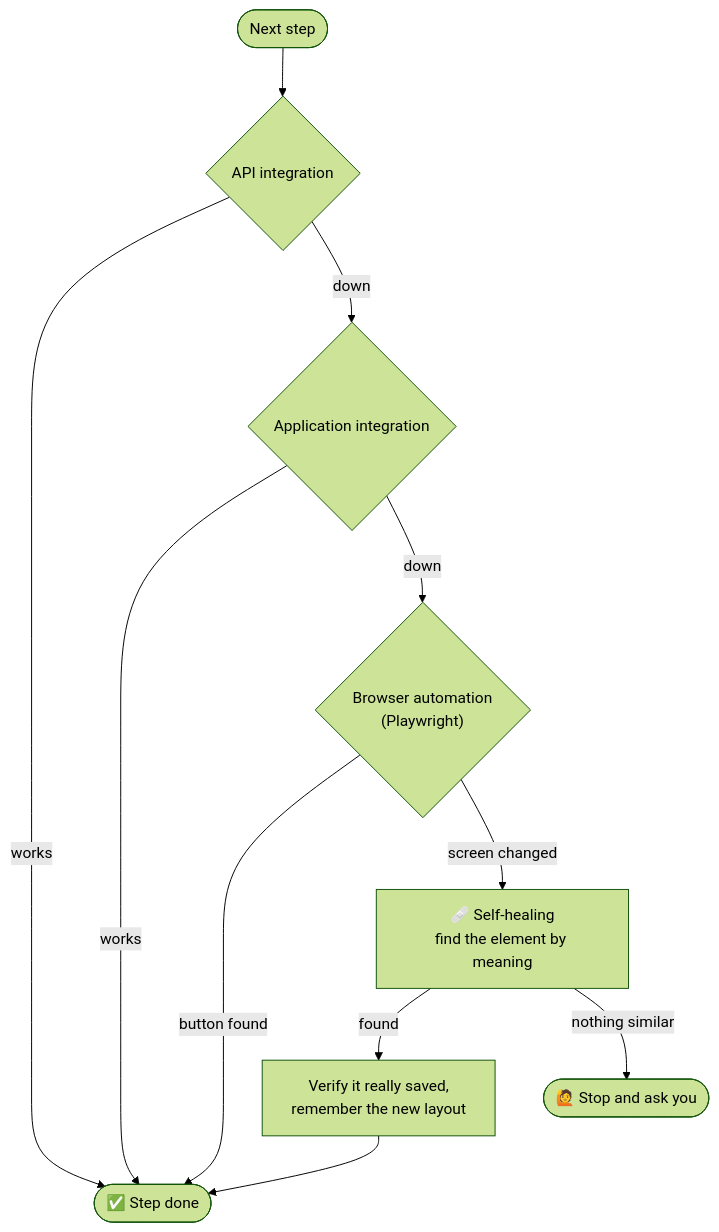
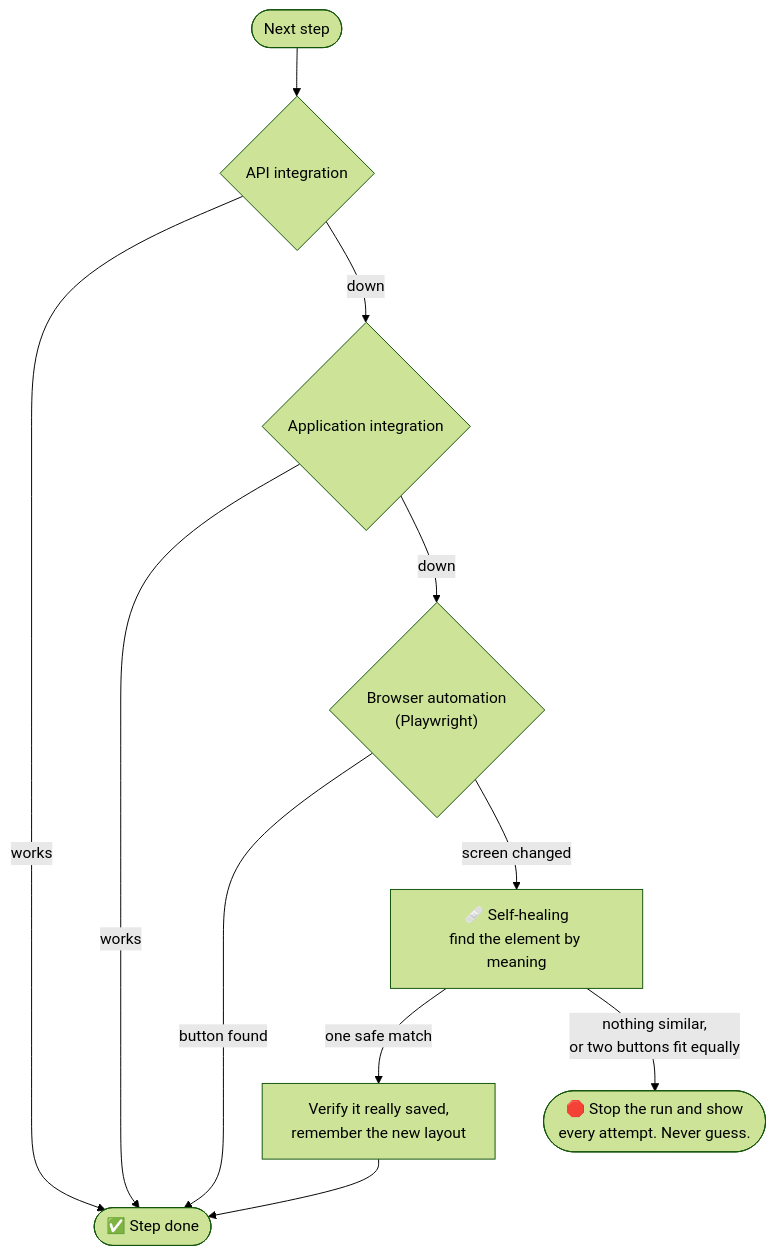
The second of 4 diagrams in README.md (its-yashjai/WorkFlowOS), drawn with Mermaid (forest theme) before and after one commit. The commit also changed other lines of this file and 3 other files, not shown here.

````diff
--- a/README.md
+++ b/README.md
@@ -95,13 +109,13 @@
 ```mermaid
 flowchart TD
     S(["Next step"]) --> API{"API integration"}
     API -- works --> OK(["✅ Step done"])
     API -- down --> APP{"Application integration"}
     APP -- works --> OK
     APP -- down --> BR{"Browser automation<br/>(Playwright)"}
     BR -- button found --> OK
     BR -- screen changed --> HEAL["🩹 Self-healing<br/>find the element by meaning"]
-    HEAL -- found --> V["Verify it really saved,<br/>remember the new layout"]
+    HEAL -- one safe match --> V["Verify it really saved,<br/>remember the new layout"]
     V --> OK
-    HEAL -- nothing similar --> ASK(["🙋 Stop and ask you"])
+    HEAL -- nothing similar,<br/>or two buttons fit equally --> STOP(["🛑 Stop the run and show<br/>every attempt. Never guess."])
 ```
````
